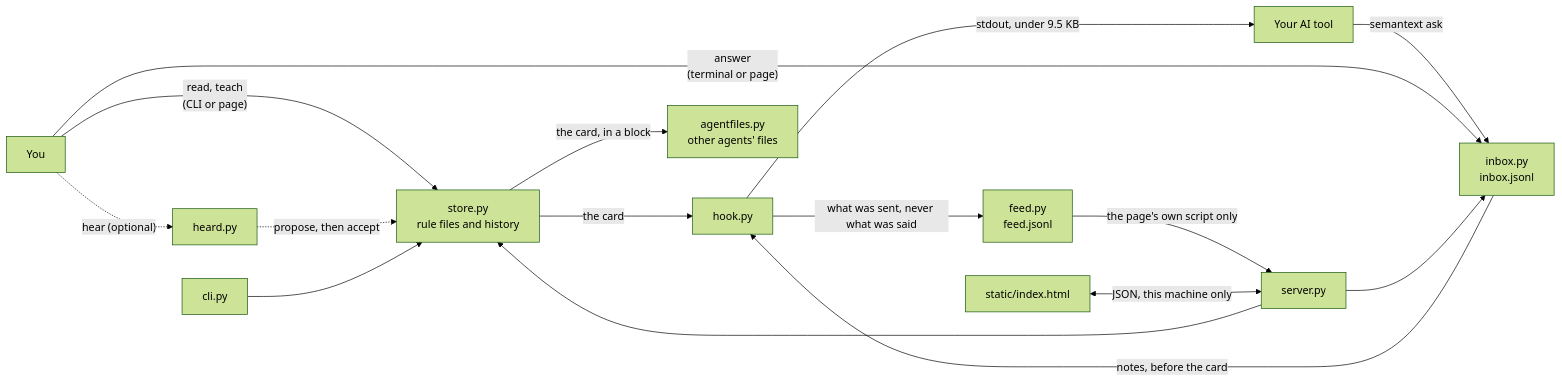
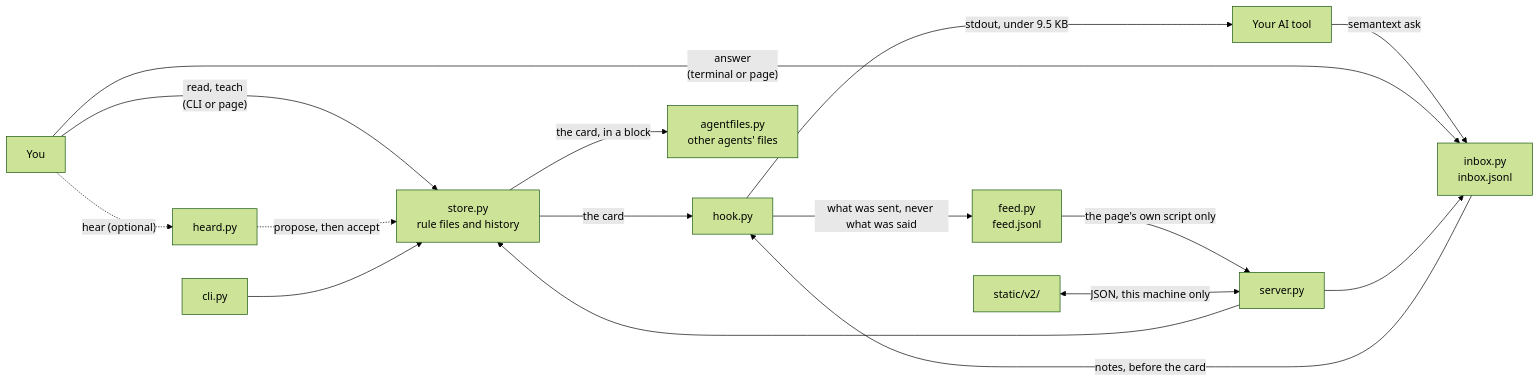
Before and after one commit to Jak29/semantext-app: the diagram in docs/architecture.md, drawn with Mermaid (forest theme). The commit also changed other lines of this file and 23 other files, not shown here.

````diff
--- a/docs/architecture.md
+++ b/docs/architecture.md
@@ -10,18 +10,18 @@
 ```mermaid
 flowchart LR
     you["You"] -->|"read, teach<br/>(CLI or page)"| store["store.py<br/>rule files and history"]
     store -->|"the card"| hook["hook.py"]
     hook -->|"stdout, under 9.5 KB"| ai["Your AI tool"]
     ai -->|"semantext ask"| inbox["inbox.py<br/>inbox.jsonl"]
     you -->|"answer<br/>(terminal or page)"| inbox
     inbox -->|"notes, before the card"| hook
     hook -->|"what was sent, never what was said"| feed["feed.py<br/>feed.jsonl"]
     feed -->|"the page's own script only"| server
     store -->|"the card, in a block"| agentfiles["agentfiles.py<br/>other agents' files"]
     you -.->|"hear (optional)"| heard["heard.py"]
     heard -.->|"propose, then accept"| store
-    page["static/index.html"] <-->|"JSON, this machine only"| server["server.py"]
+    page["static/v2/"] <-->|"JSON, this machine only"| server["server.py"]
     server --> store
     server --> inbox
     cli["cli.py"] --> store
 ```
````
